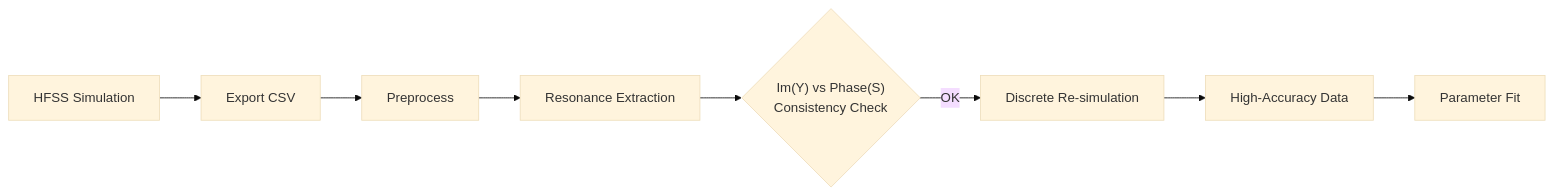
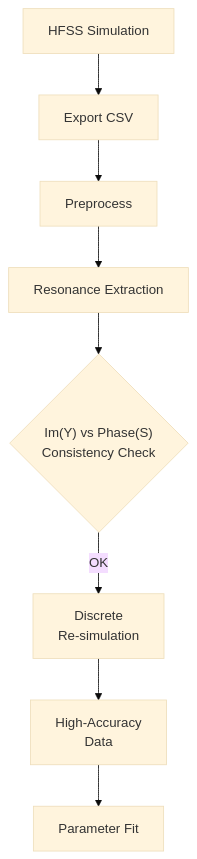
Before and after one commit to arfiligol/superconducting-circuits-tutorial: the diagram in docs/tutorials/simulation-workflow.md, drawn with Mermaid (base theme). The commit also changed other lines of this file and 31 other files, not shown here.

````diff
--- a/docs/tutorials/simulation-workflow.md
+++ b/docs/tutorials/simulation-workflow.md
@@ -25,10 +27,10 @@
 ```mermaid
-flowchart LR
+flowchart TB
     A["HFSS Simulation"] --> B["Export CSV"]
     B --> C["Preprocess"]
     C --> D["Resonance Extraction"]
     D --> E{"Im(Y) vs Phase(S)<br/>Consistency Check"}
-    E -->|OK| F["Discrete Re-simulation"]
-    F --> G["High-Accuracy Data"]
+    E -->|OK| F["Discrete<br/>Re-simulation"]
+    F --> G["High-Accuracy<br/>Data"]
     G --> H["Parameter Fit"]
 ```
````
